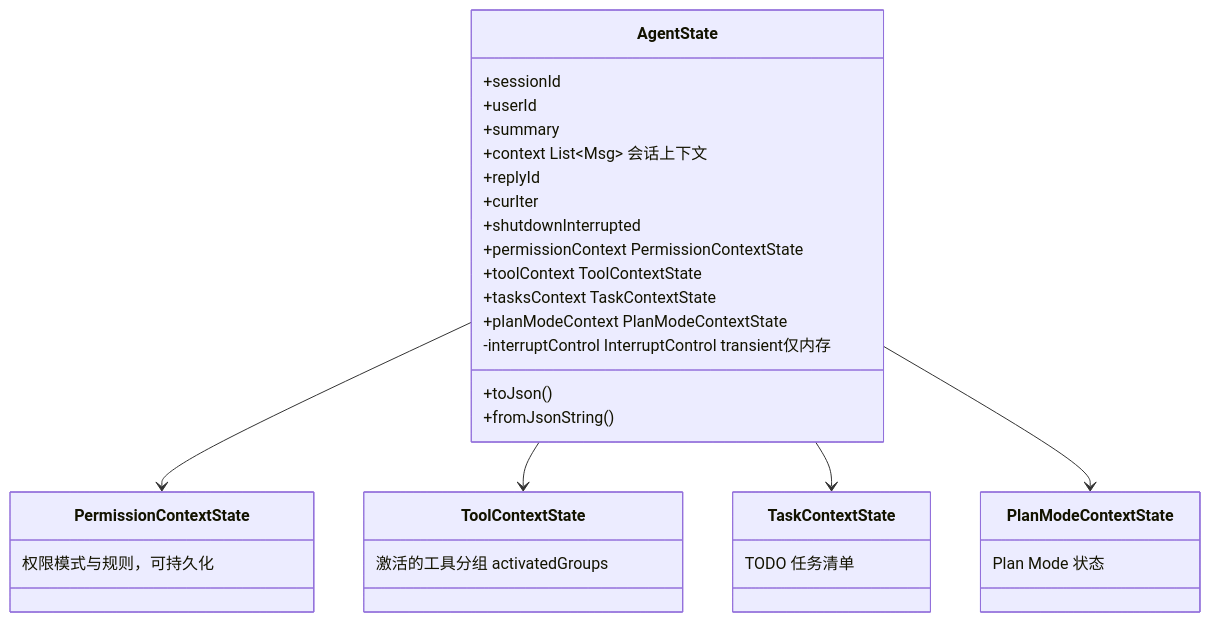
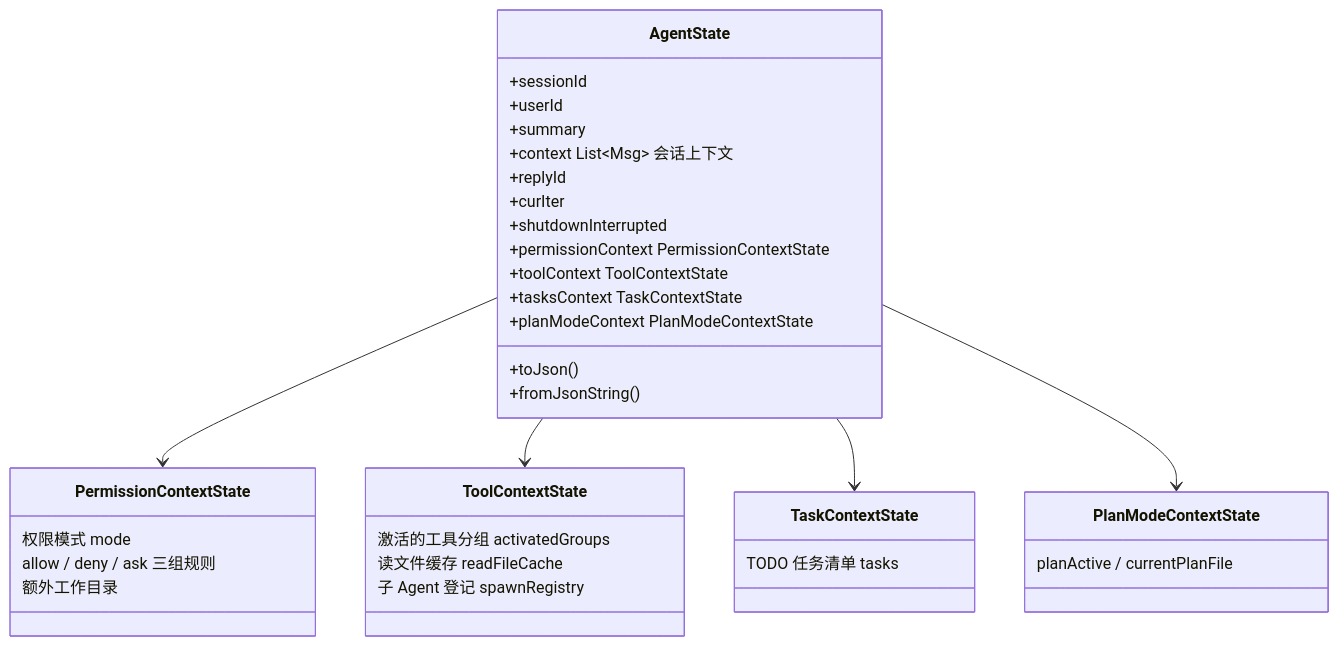
The second of 5 diagrams in 02-消息与状态模型.md (liulangjietou/AgentScope-source-analysis), drawn with Mermaid before and after one commit. The commit also changed other lines of this file, not shown here.

````diff
--- a/02-消息与状态模型.md
+++ b/02-消息与状态模型.md
@@ -96,35 +120,38 @@
 ```mermaid
 classDiagram
     class AgentState {
         +sessionId
         +userId
         +summary
         +context List~Msg~ 会话上下文
         +replyId
         +curIter
         +shutdownInterrupted
         +permissionContext PermissionContextState
         +toolContext ToolContextState
         +tasksContext TaskContextState
         +planModeContext PlanModeContextState
-        -interruptControl InterruptControl transient仅内存
         +toJson()
         +fromJsonString()
     }
     class PermissionContextState {
-        权限模式与规则，可持久化
+        权限模式 mode
+        allow / deny / ask 三组规则
+        额外工作目录
     }
     class ToolContextState {
         激活的工具分组 activatedGroups
+        读文件缓存 readFileCache
+        子 Agent 登记 spawnRegistry
     }
     class TaskContextState {
-        TODO 任务清单
+        TODO 任务清单 tasks
     }
     class PlanModeContextState {
-        Plan Mode 状态
+        planActive / currentPlanFile
     }
     AgentState --> PermissionContextState
     AgentState --> ToolContextState
     AgentState --> TaskContextState
     AgentState --> PlanModeContextState
 ```
````
